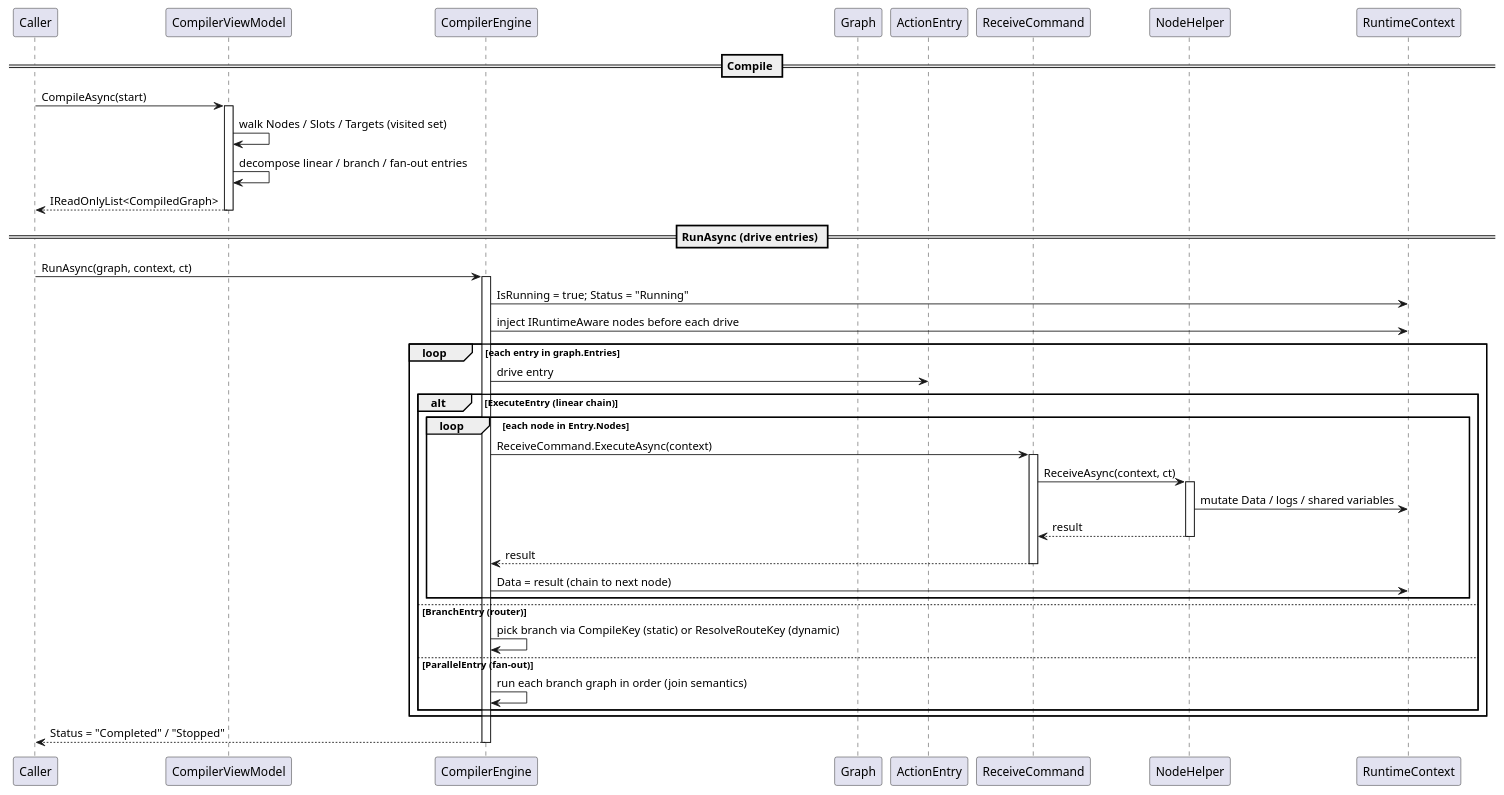
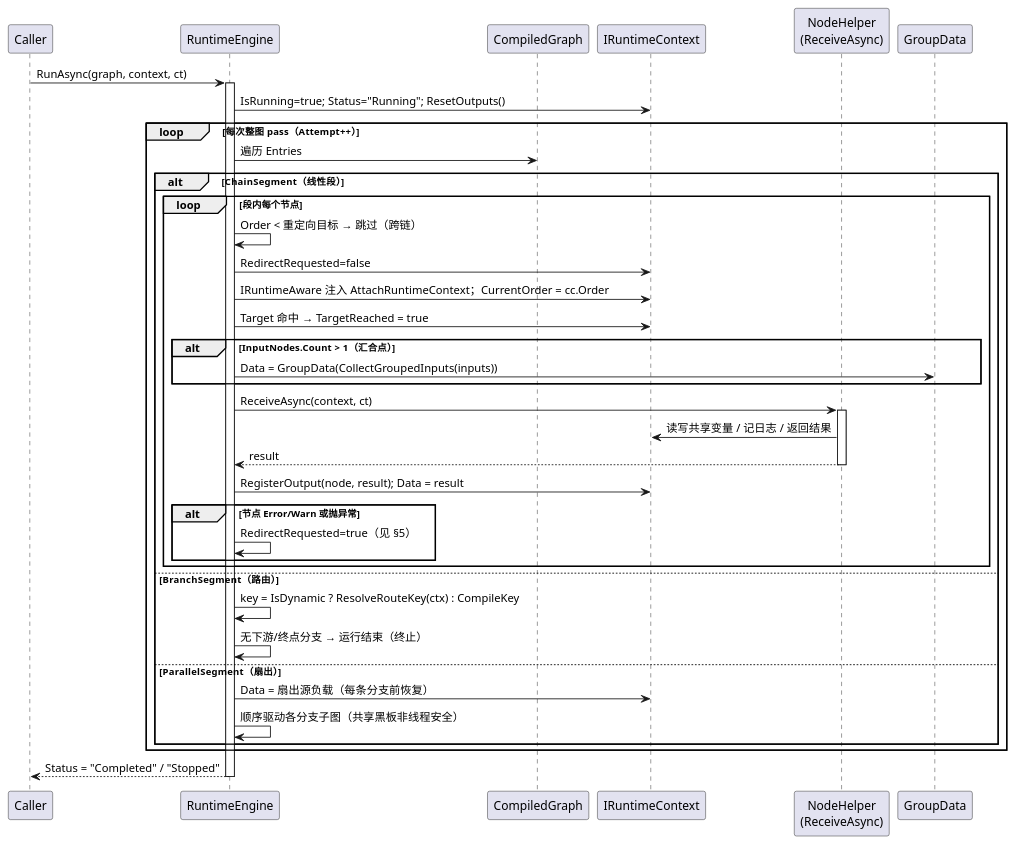
The fourth of 8 diagrams in src/CloudGlyph/Assets/Docs/content/zh/3_SE分析/03_数据流分析/00_工作流系统/index.md (Axvser/VeloxDev.Docs), drawn with PlantUML before and after one commit. The commit also changed other lines of this file and 443 other files, not shown here.

````diff
--- a/src/CloudGlyph/Assets/Docs/content/zh/3_SE分析/03_数据流分析/00_工作流系统/index.md
+++ b/src/CloudGlyph/Assets/Docs/content/zh/3_SE分析/03_数据流分析/00_工作流系统/index.md
@@ -65,49 +136,45 @@
 ```plantuml
 @startuml
-    participant Caller
-participant "CompilerViewModel" as Compiler
-participant "CompilerEngine" as Engine
-    participant Graph as CompiledGraph
-participant "ActionEntry" as Entry
-participant "ReceiveCommand" as Cmd
-participant "NodeHelper" as Helper
-participant "RuntimeContext" as Context
+participant Caller
+participant "RuntimeEngine" as Engine
+participant "CompiledGraph" as Graph
+participant "IRuntimeContext" as Ctx
+participant "NodeHelper\n(ReceiveAsync)" as Helper
+participant "GroupData" as Group
 
-    == Compile ==
-    Caller -> Compiler: CompileAsync(start)
-    activate Compiler
-    Compiler -> Compiler: walk Nodes / Slots / Targets (visited set)
-    Compiler -> Compiler: decompose linear / branch / fan-out entries
-    Compiler --> Caller: IReadOnlyList<CompiledGraph>
-    deactivate Compiler
-
-    == RunAsync (drive entries) ==
     Caller -> Engine: RunAsync(graph, context, ct)
     activate Engine
-    Engine -> Context: IsRunning = true; Status = "Running"
-    Engine -> Context: inject IRuntimeAware nodes before each drive
-    loop each entry in graph.Entries
-        Engine -> Entry: drive entry
-        alt ExecuteEntry (linear chain)
-            loop each node in Entry.Nodes
-                Engine -> Cmd: ReceiveCommand.ExecuteAsync(context)
-                activate Cmd
-                Cmd -> Helper: ReceiveAsync(context, ct)
+    Engine -> Ctx: IsRunning=true; Status="Running"; ResetOutputs()
+    loop 每次整图 pass（Attempt++）
+        Engine -> Graph: 遍历 Entries
+        alt ChainSegment（线性段）
+            loop 段内每个节点
+                Engine -> Engine: Order < 重定向目标 → 跳过（跨链）
+                Engine -> Ctx: RedirectRequested=false
+                Engine -> Ctx: IRuntimeAware 注入 AttachRuntimeContext；CurrentOrder = cc.Order
+                Engine -> Ctx: Target 命中 → TargetReached = true
+                alt InputNodes.Count > 1（汇合点）
+                    Engine -> Group: Data = GroupData(CollectGroupedInputs(inputs))
+                end
+                Engine -> Helper: ReceiveAsync(context, ct)
                 activate Helper
-                Helper -> Context: mutate Data / logs / shared variables
-                Helper --> Cmd: result
+                Helper -> Ctx: 读写共享变量 / 记日志 / 返回结果
+                Helper --> Engine: result
                 deactivate Helper
-                Cmd --> Engine: result
-                deactivate Cmd
-                Engine -> Context: Data = result (chain to next node)
+                Engine -> Ctx: RegisterOutput(node, result); Data = result
+                alt 节点 Error/Warn 或抛异常
+                    Engine -> Engine: RedirectRequested=true（见 §5）
+                end
             end
-        else BranchEntry (router)
-            Engine -> Engine: pick branch via CompileKey (static) or ResolveRouteKey (dynamic)
-        else ParallelEntry (fan-out)
-            Engine -> Engine: run each branch graph in order (join semantics)
+        else BranchSegment（路由）
+            Engine -> Engine: key = IsDynamic ? ResolveRouteKey(ctx) : CompileKey
+            Engine -> Engine: 无下游/终点分支 → 运行结束（终止）
+        else ParallelSegment（扇出）
+            Engine -> Ctx: Data = 扇出源负载（每条分支前恢复）
+            Engine -> Engine: 顺序驱动各分支子图（共享黑板非线程安全）
         end
     end
     Engine --> Caller: Status = "Completed" / "Stopped"
     deactivate Engine
 @enduml
 ```
````
